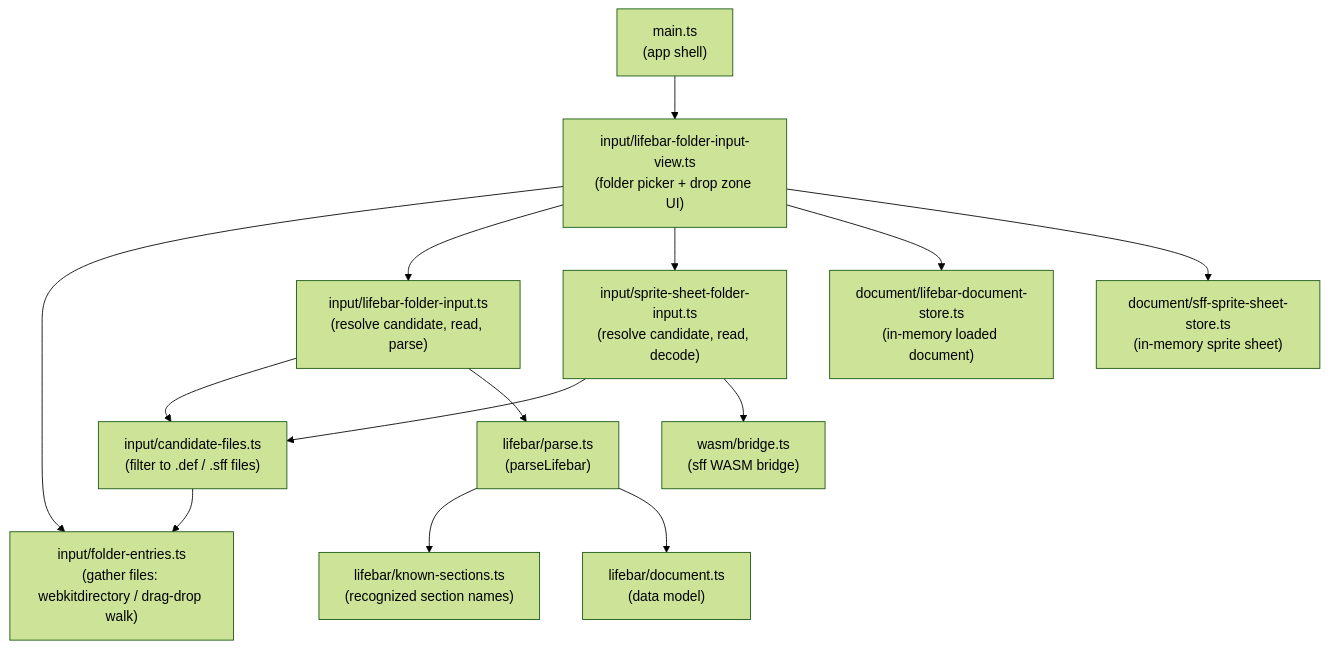
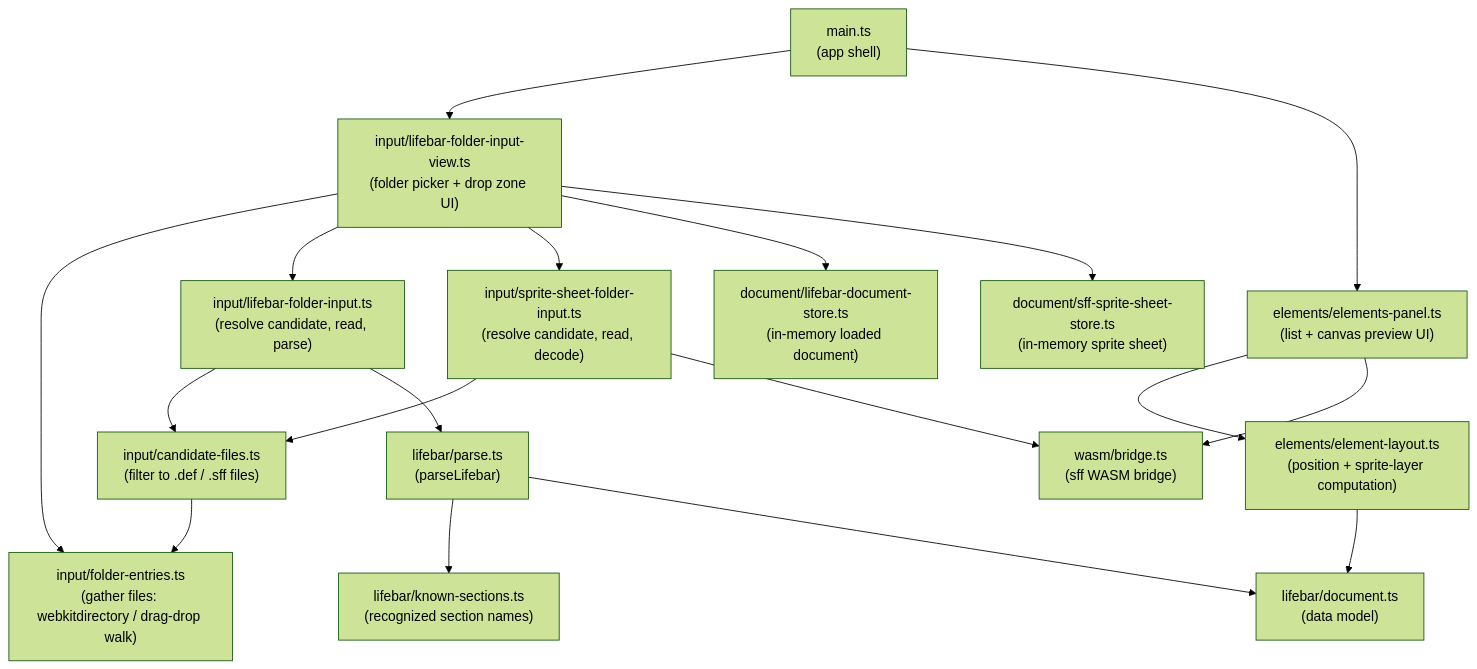
One commit to openkakutou/lifebar-viewer-web changed the first of 3 diagrams in docs/architecture.md. Above: the diagram before and after it, drawn with Mermaid (forest theme). The commit also changed other lines of this file and 17 other files, not shown here.

First line of the commit message:
feat: show a live preview of a lifebar's elements

````diff
--- a/docs/architecture.md
+++ b/docs/architecture.md
@@ -7,29 +7,35 @@
 ```mermaid
 flowchart TD
     view["input/lifebar-folder-input-view.ts\n(folder picker + drop zone UI)"]
     entries["input/folder-entries.ts\n(gather files: webkitdirectory / drag-drop walk)"]
     candidates["input/candidate-files.ts\n(filter to .def / .sff files)"]
     orchestration["input/lifebar-folder-input.ts\n(resolve candidate, read, parse)"]
     sheetOrchestration["input/sprite-sheet-folder-input.ts\n(resolve candidate, read, decode)"]
     parse["lifebar/parse.ts\n(parseLifebar)"]
     known["lifebar/known-sections.ts\n(recognized section names)"]
     document["lifebar/document.ts\n(data model)"]
     store["document/lifebar-document-store.ts\n(in-memory loaded document)"]
     sheetStore["document/sff-sprite-sheet-store.ts\n(in-memory sprite sheet)"]
     wasm["wasm/bridge.ts\n(sff WASM bridge)"]
+    layout["elements/element-layout.ts\n(position + sprite-layer computation)"]
+    panel["elements/elements-panel.ts\n(list + canvas preview UI)"]
     main["main.ts\n(app shell)"]
 
     main --> view
+    main --> panel
     view --> entries
     view --> orchestration
     view --> sheetOrchestration
     orchestration --> candidates
     sheetOrchestration --> candidates
     candidates --> entries
     orchestration --> parse
     parse --> known
     parse --> document
     sheetOrchestration --> wasm
     view --> store
     view --> sheetStore
+    panel --> layout
+    panel --> wasm
+    layout --> document
 ```
````
